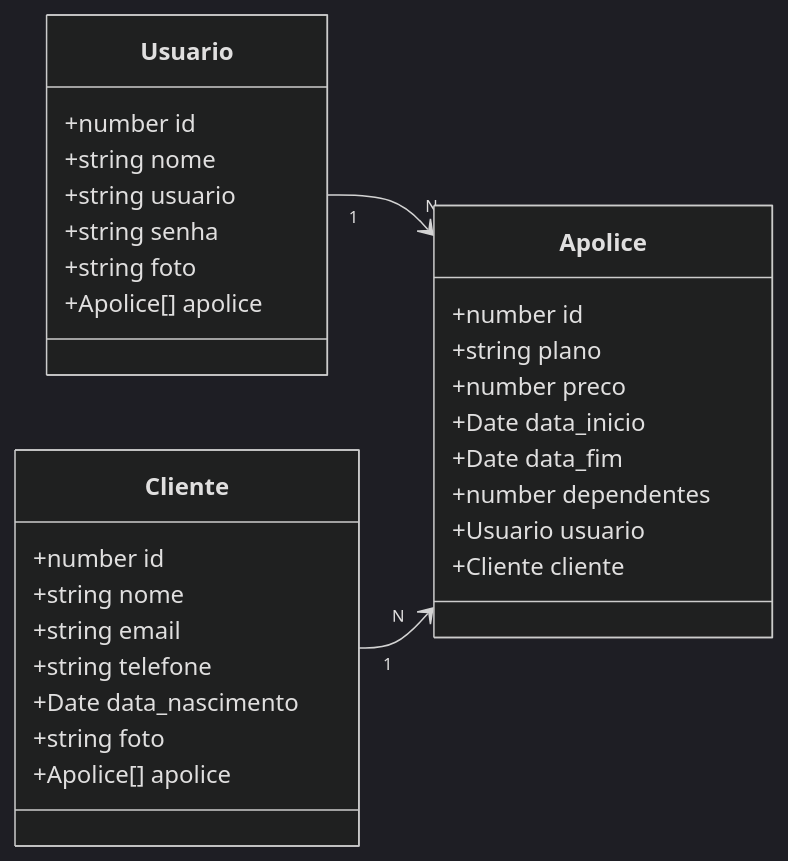
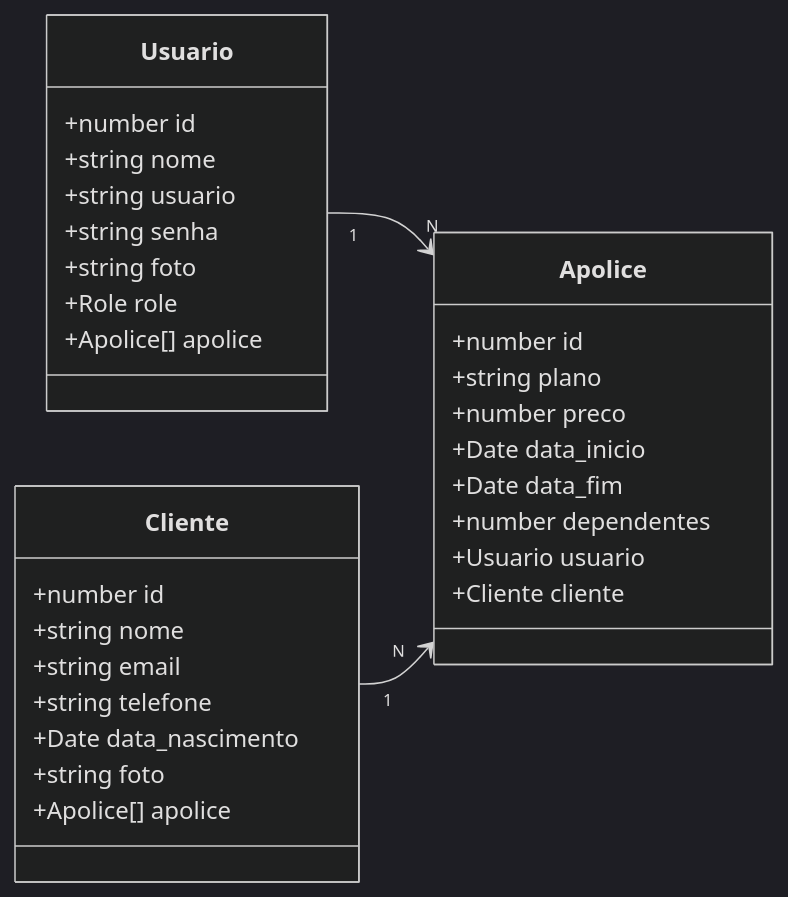
The first of 2 diagrams in README.md (Javascript13-Grupo02/Projeto-integrador-03-VivaCare), drawn with Mermaid before and after one commit. The commit also changed other lines of this file, not shown here.

````diff
--- a/README.md
+++ b/README.md
@@ -38,36 +38,37 @@
 ```mermaid
 classDiagram
     class Usuario {
         +number id
         +string nome
         +string usuario
         +string senha
         +string foto
+		+Role role
         +Apolice[] apolice
     }
 
     class Apolice {
         +number id
         +string plano
         +number preco
         +Date data_inicio
         +Date data_fim
         +number dependentes
         +Usuario usuario
         +Cliente cliente
     }
 
     class Cliente {
         +number id
         +string nome
         +string email
         +string telefone
         +Date data_nascimento
         +string foto
         +Apolice[] apolice
     }
 %%{init: {'theme':'dark', 'themeVariables': { 'primaryColor': '#2d2d2d', 'edgeColor': '#888888' }}}%%
     direction LR
     Usuario "1" --> "N" Apolice
     Cliente "1" --> "N" Apolice
 ```
````
